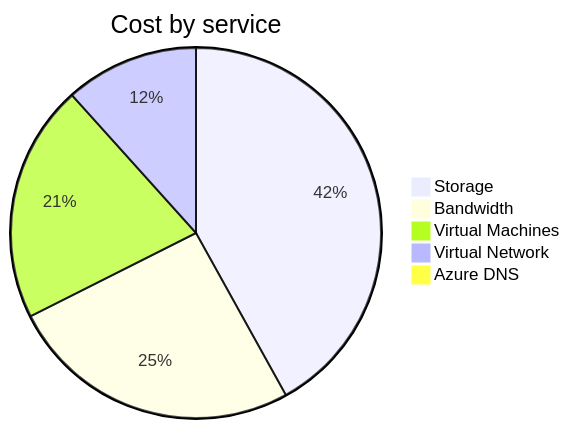
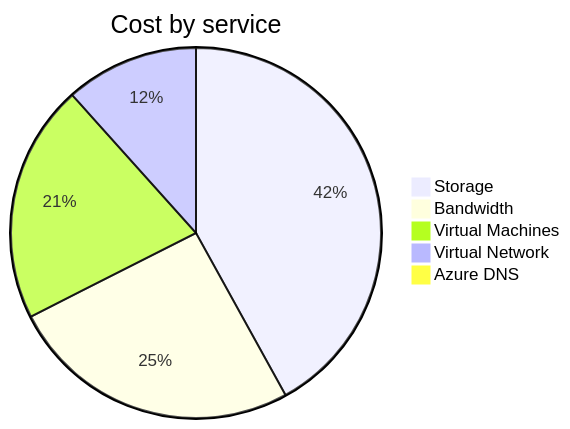
One commit to jpfulton/azure-personal-reports changed the second of 4 diagrams in cost-reports/personal-network/README.md. Above: the diagram before and after it, drawn with Mermaid. The commit also changed other lines of this file and 8 other files, not shown here.

````diff
--- a/cost-reports/personal-network/README.md
+++ b/cost-reports/personal-network/README.md
@@ -99,9 +99,9 @@
 ```mermaid
 pie
    title Cost by service
-   "Storage" : 6.87
-   "Bandwidth" : 4.20
-   "Virtual Machines" : 3.40
-   "Virtual Network" : 1.91
-   "Azure DNS" : 0.13
+   "Storage" : 7.68
+   "Bandwidth" : 4.68
+   "Virtual Machines" : 3.81
+   "Virtual Network" : 2.13
+   "Azure DNS" : 0.14
 ```
````
